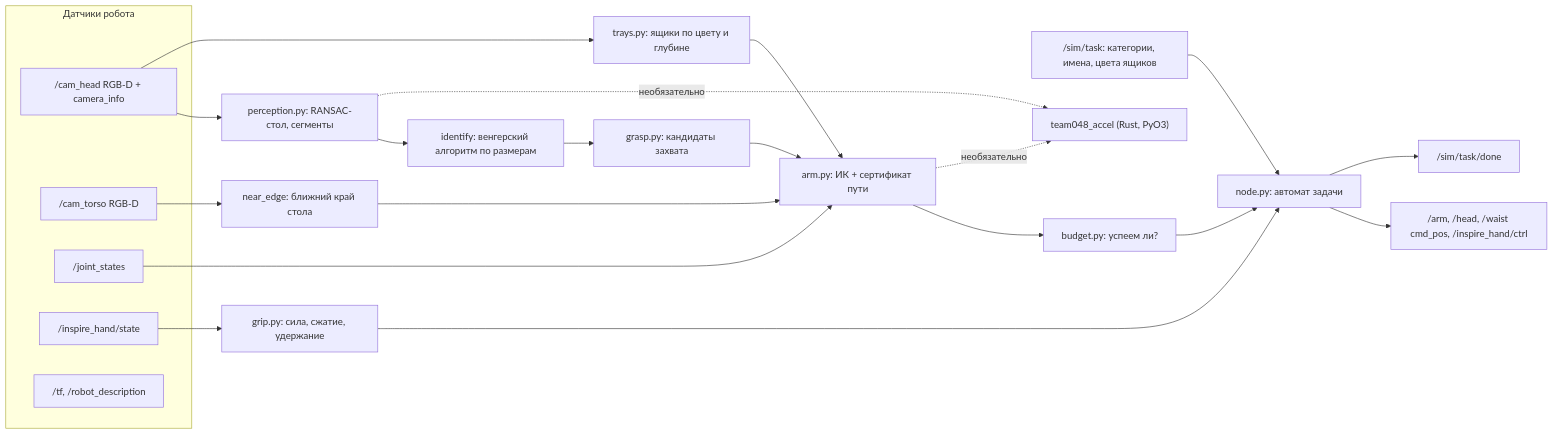
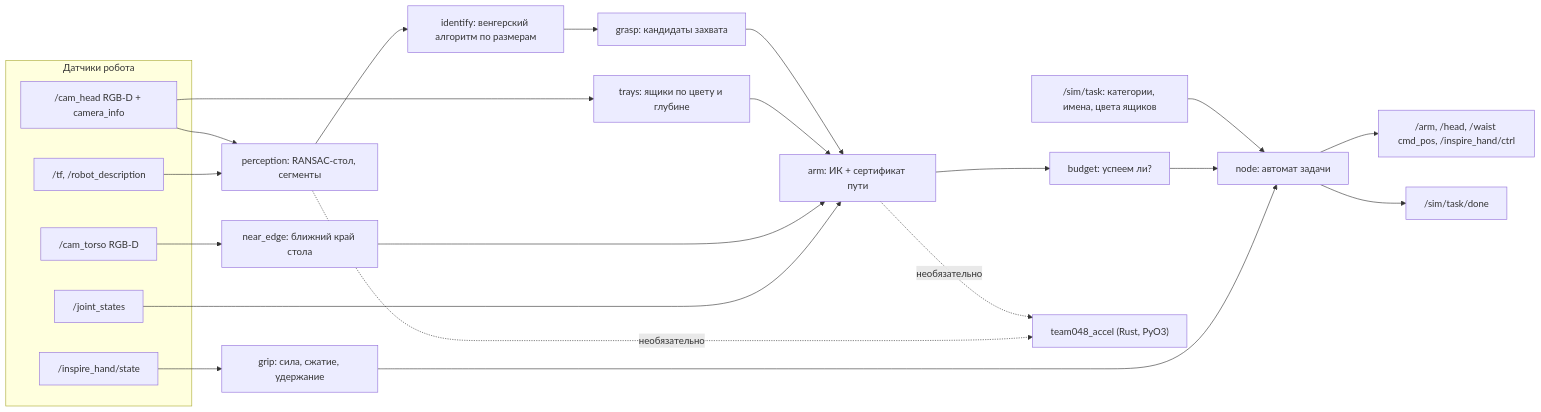
The diagram in README.md (KonkovDV/DeftSort), drawn with Mermaid before and after one commit. The commit also changed other lines of this file and 2 other files, not shown here.

````diff
--- a/README.md
+++ b/README.md
@@ -74,28 +67,29 @@
 ```mermaid
 flowchart LR
   subgraph S["Датчики робота"]
     HC["/cam_head RGB-D + camera_info"]
     TC["/cam_torso RGB-D"]
     JS["/joint_states"]
     IH["/inspire_hand/state"]
     TF["/tf, /robot_description"]
   end
   T["/sim/task: категории, имена, цвета ящиков"] --> N
-  HC --> P["perception.py: RANSAC-стол, сегменты"]
+  HC --> P["perception: RANSAC-стол, сегменты"]
   TC --> E["near_edge: ближний край стола"]
-  HC --> Y["trays.py: ящики по цвету и глубине"]
+  HC --> Y["trays: ящики по цвету и глубине"]
+  TF --> P
   P --> I["identify: венгерский алгоритм по размерам"]
-  I --> G["grasp.py: кандидаты захвата"]
-  G --> A["arm.py: ИК + сертификат пути"]
+  I --> G["grasp: кандидаты захвата"]
+  G --> A["arm: ИК + сертификат пути"]
   Y --> A
   E --> A
   JS --> A
-  A --> B["budget.py: успеем ли?"]
-  B --> N["node.py: автомат задачи"]
-  IH --> R["grip.py: сила, сжатие, удержание"]
+  A --> B["budget: успеем ли?"]
+  B --> N["node: автомат задачи"]
+  IH --> R["grip: сила, сжатие, удержание"]
   R --> N
   N --> C["/arm, /head, /waist cmd_pos, /inspire_hand/ctrl"]
   N --> D["/sim/task/done"]
   A -. "необязательно" .-> X["team048_accel (Rust, PyO3)"]
   P -. "необязательно" .-> X
 ```
````
